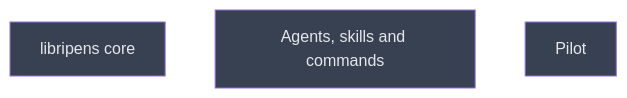
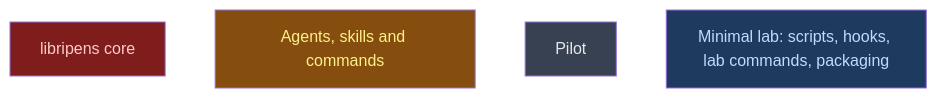
Before and after one commit to CrackingShells/Murmuration: the diagram in __roadmap__/murmuration/build/README.md, drawn with Mermaid. The commit also changed other lines of this file and 6 other files, not shown here.

First line of the commit message:
docs(design): cut to the minimal lab (v6) and amend the roadmap (A2)

````diff
--- a/__roadmap__/murmuration/build/README.md
+++ b/__roadmap__/murmuration/build/README.md
@@ -18,11 +18,12 @@
 ```mermaid
 graph TD
-    libripens_core[libripens core]:::planned
-    agents_and_skills[Agents, skills and commands]:::planned
+    libripens_core[libripens core]:::blocked
+    agents_and_skills[Agents, skills and commands]:::inprogress
     pilot[Pilot]:::planned
+    minimal_lab[Minimal lab: scripts, hooks, lab commands, packaging]:::amendment
     classDef done       fill:#166534,color:#bbf7d0
     classDef inprogress fill:#854d0e,color:#fef08a
     classDef planned    fill:#374151,color:#e5e7eb
     classDef amendment  fill:#1e3a5f,color:#bfdbfe
     classDef blocked    fill:#7f1d1d,color:#fecaca
 ```
````
